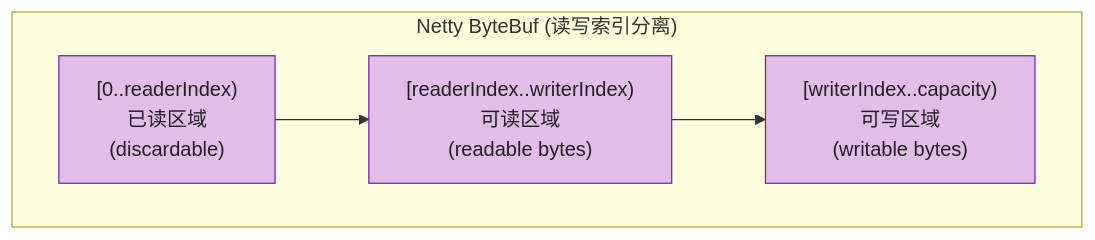
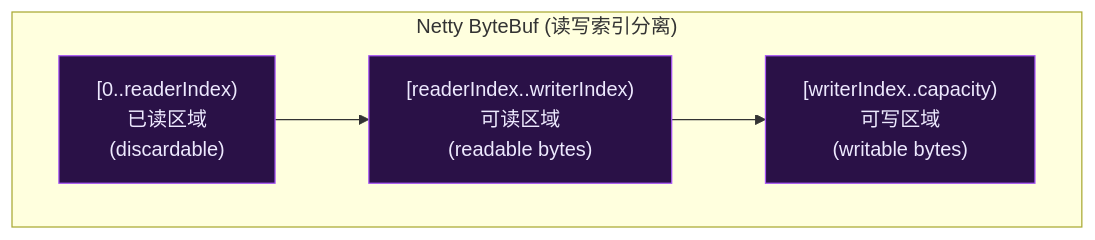
Before and after one commit to yaocat55/yaocat55.github.io: the fourth of 6 diagrams in content/posts/io/Netty.md, drawn with Mermaid. The commit also changed other lines of this file and 155 other files, not shown here.

````diff
--- a/content/posts/io/Netty.md
+++ b/content/posts/io/Netty.md
@@ -340,23 +340,23 @@
 ```mermaid
 flowchart TD
     %% ==========================================
     %% 样式定义
     %% ==========================================
-    classDef bytebuf fill:#C8E6C9,stroke:#388E3C,stroke-width:2px,color:#1B5E20,font-weight:bold;
-    classDef nio fill:#FFCDD2,stroke:#C62828,stroke-width:2px,color:#B71C1C,font-weight:bold;
-    classDef region fill:#E1BEE7,stroke:#7B1FA2,stroke-width:1px,color:#212121;
+classDef bytebuf fill:#052e16,stroke:#16a34a,stroke-width:2px,color:#bbf7d0,font-weight:bold;
+classDef nio fill:#450a0a,stroke:#dc2626,stroke-width:2px,color:#fecaca,font-weight:bold;
+classDef region fill:#2a1147,stroke:#a855f7,stroke-width:1px,color:#ede9fe;
 
     %% ==========================================
     %% ByteBuf 读写索引模型
     %% ==========================================
     subgraph BYTEBUF ["Netty ByteBuf (读写索引分离)"]
         direction LR
         B0["[0..readerIndex)\n已读区域\n(discardable)"]
         B1["[readerIndex..writerIndex)\n可读区域\n(readable bytes)"]
         B2["[writerIndex..capacity)\n可写区域\n(writable bytes)"]
     end
 
     B0 --> B1 --> B2
 
     class B0,B1,B2 region;
 ```
````
